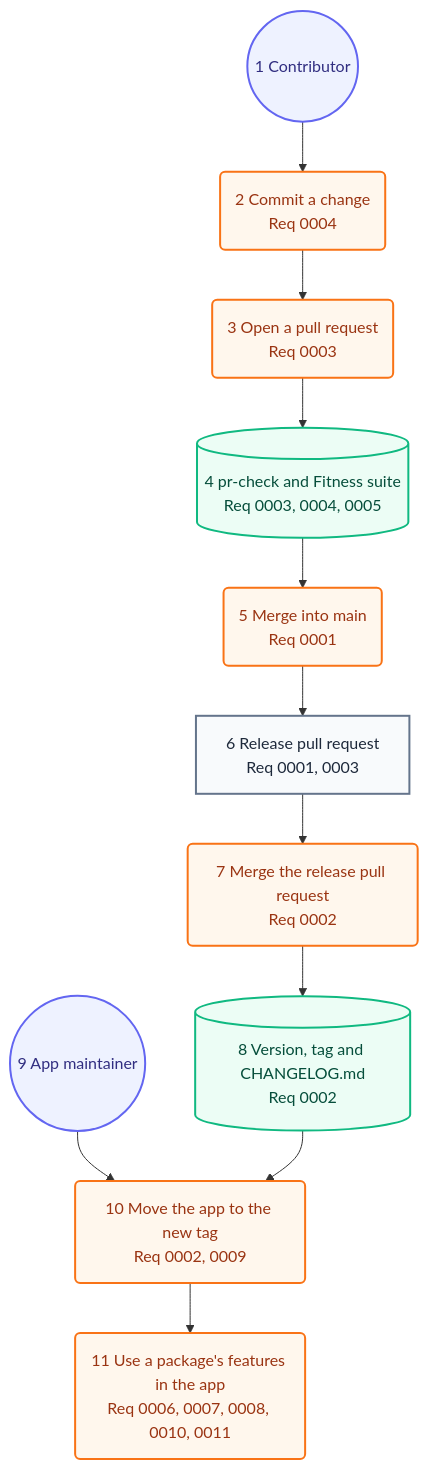
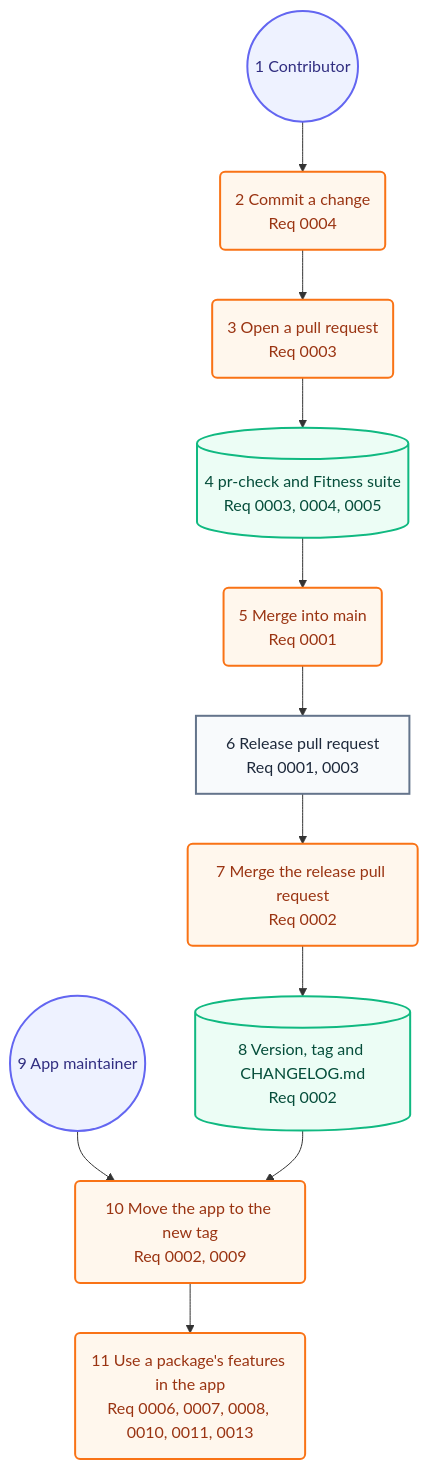
One commit to may-journal/common-swift changed the second of 2 diagrams in docs/architecture/05-user-journey.md. Above: the diagram before and after it, drawn with Mermaid. The commit also changed 11 other files, not shown here.

````diff
--- a/docs/architecture/05-user-journey.md
+++ b/docs/architecture/05-user-journey.md
@@ -33,30 +33,30 @@
 ```mermaid
 flowchart TB
     contributor((1 Contributor)):::persona
     commit(2 Commit a change<br/>Req 0004):::action
     open(3 Open a pull request<br/>Req 0003):::action
     checks[(4 pr-check and Fitness suite<br/>Req 0003, 0004, 0005)]:::system
     merge(5 Merge into main<br/>Req 0001):::action
     releasePR[6 Release pull request<br/>Req 0001, 0003]:::screen
     release(7 Merge the release pull request<br/>Req 0002):::action
     tag[(8 Version, tag and CHANGELOG.md<br/>Req 0002)]:::system
     maintainer((9 App maintainer)):::persona
     update(10 Move the app to the new tag<br/>Req 0002, 0009):::action
-    adopt(11 Use a package's features in the app<br/>Req 0006, 0007, 0008, 0010, 0011):::action
+    adopt(11 Use a package's features in the app<br/>Req 0006, 0007, 0008, 0010, 0011, 0013):::action
 
     contributor --> commit
     commit --> open
     open --> checks
     checks --> merge
     merge --> releasePR
     releasePR --> release
     release --> tag
     maintainer --> update
     tag --> update
     update --> adopt
 
     classDef persona fill:#eef2ff,stroke:#6366f1,color:#312e81,stroke-width:2px
     classDef screen fill:#f8fafc,stroke:#64748b,color:#1e293b,stroke-width:2px
     classDef action fill:#fff7ed,stroke:#f97316,color:#9a3412,stroke-width:2px
     classDef system fill:#ecfdf5,stroke:#10b981,color:#064e3b,stroke-width:2px
 ```
````
